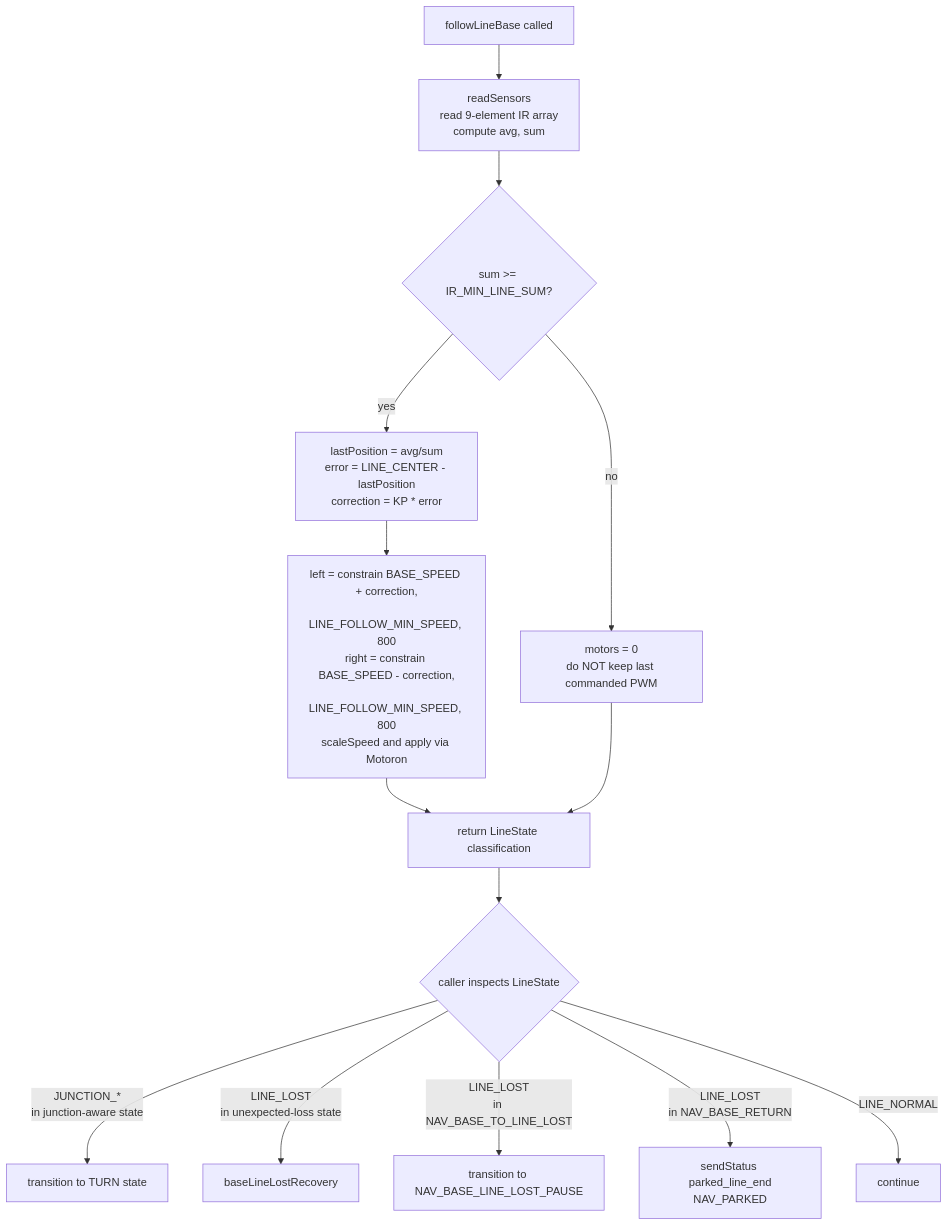
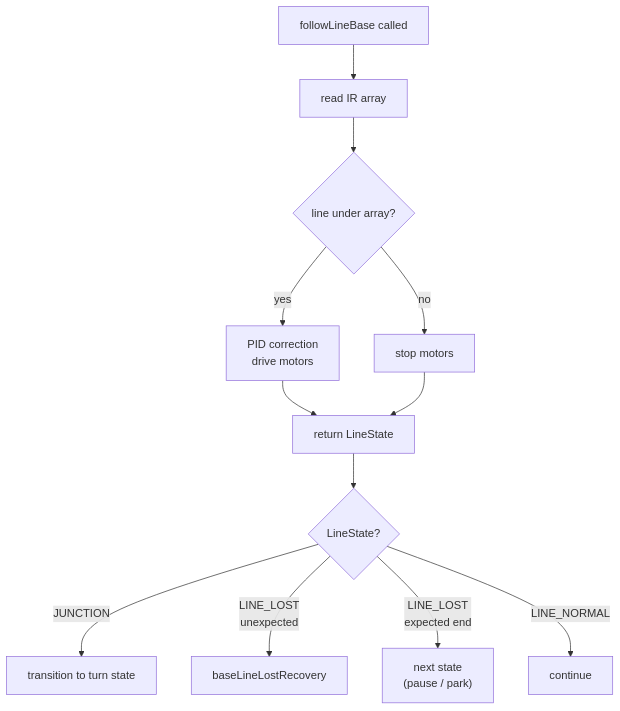
One commit to Stanleyhoo1/Robotics-Challenge changed the first of 8 diagrams in docs/flowcharts.md. Above: the diagram before and after it, drawn with Mermaid. The commit also changed other lines of this file, not shown here.

Commit message:
flowcharts fixed

````diff
--- a/docs/flowcharts.md
+++ b/docs/flowcharts.md
@@ -9,16 +9,14 @@
 ```mermaid
 flowchart TD
-    A[followLineBase called] --> B[readSensors<br/>read 9-element IR array<br/>compute avg, sum]
-    B --> C{sum >= IR_MIN_LINE_SUM?}
-    C -- yes --> D[lastPosition = avg/sum<br/>error = LINE_CENTER - lastPosition<br/>correction = KP * error]
-    D --> E[left = constrain BASE_SPEED + correction,<br/>     LINE_FOLLOW_MIN_SPEED, 800<br/>right = constrain BASE_SPEED - correction,<br/>     LINE_FOLLOW_MIN_SPEED, 800<br/>scaleSpeed and apply via Motoron]
-    C -- no --> F[motors = 0<br/>do NOT keep last commanded PWM]
-    E --> G[return LineState classification]
-    F --> G
-    G --> H{caller inspects LineState}
-    H -- JUNCTION_*<br/>in junction-aware state --> I[transition to TURN state]
-    H -- LINE_LOST<br/>in unexpected-loss state --> J[baseLineLostRecovery]
-    H -- LINE_LOST<br/>in NAV_BASE_TO_LINE_LOST --> K[transition to NAV_BASE_LINE_LOST_PAUSE]
-    H -- LINE_LOST<br/>in NAV_BASE_RETURN --> L[sendStatus parked_line_end<br/>NAV_PARKED]
-    H -- LINE_NORMAL --> M[continue]
+    A["followLineBase called"] --> B["read IR array"]
+    B --> C{"line under array?"}
+    C -->|yes| D["PID correction<br/>drive motors"]
+    C -->|no| E["stop motors"]
+    D --> F["return LineState"]
+    E --> F
+    F --> G{"LineState?"}
+    G -->|JUNCTION| H["transition to turn state"]
+    G -->|LINE_LOST<br/>unexpected| I["baseLineLostRecovery"]
+    G -->|LINE_LOST<br/>expected end| J["next state<br/>(pause / park)"]
+    G -->|LINE_NORMAL| K["continue"]
 ```
````
